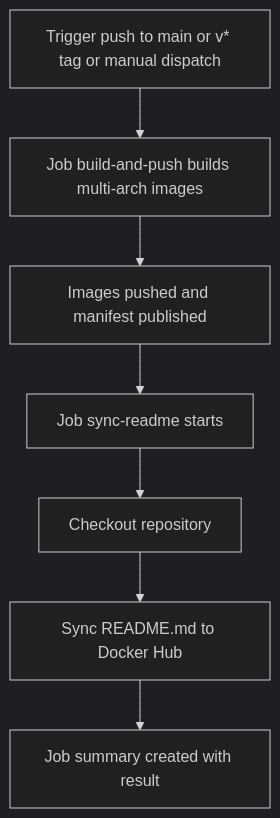
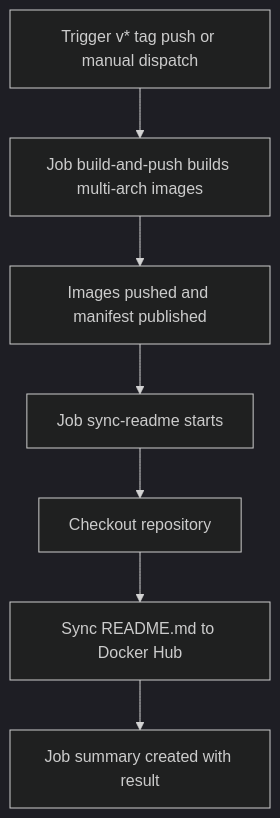
Before and after one commit to FirbyKirby/udp-broadcast-relay: the diagram in docs/DOCKERHUB_README_SYNC.md, drawn with Mermaid (dark theme). The commit also changed other lines of this file and 9 other files, not shown here.

First line of the commit message:
ci(workflows): refactor pipeline to dependency chain architecture

````diff
--- a/docs/DOCKERHUB_README_SYNC.md
+++ b/docs/DOCKERHUB_README_SYNC.md
@@ -41,9 +40,9 @@
 ```mermaid
 flowchart TD
-  A[Trigger push to main or v* tag or manual dispatch] --> B[Job build-and-push builds multi-arch images]
+  A[Trigger v* tag push or manual dispatch] --> B[Job build-and-push builds multi-arch images]
   B --> C[Images pushed and manifest published]
   C --> D[Job sync-readme starts]
   D --> E[Checkout repository]
   E --> F[Sync README.md to Docker Hub]
   F --> G[Job summary created with result]
 ```
````
